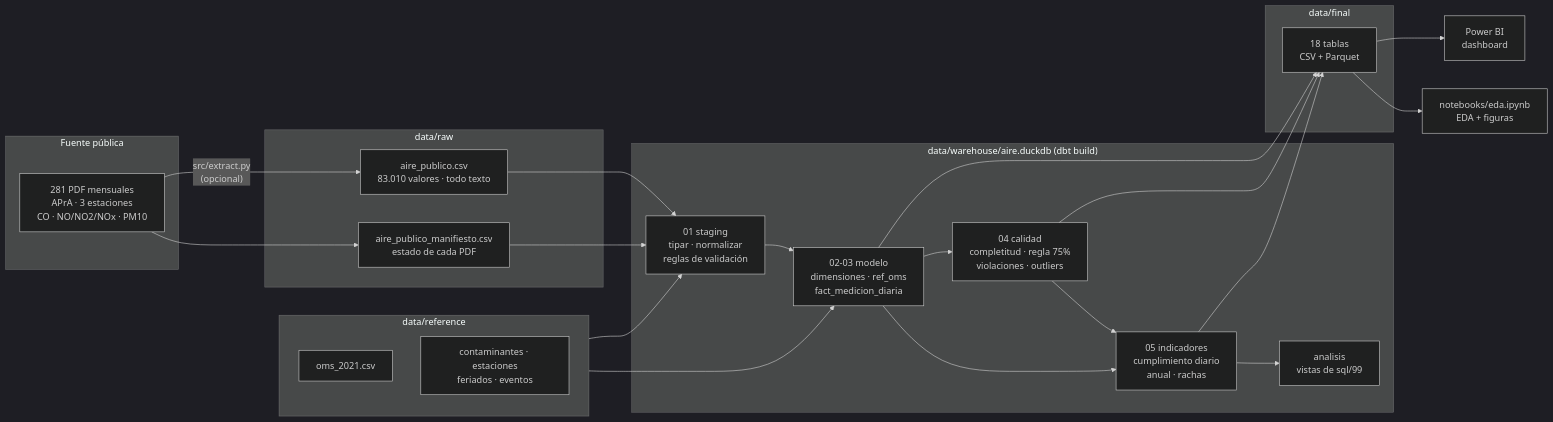
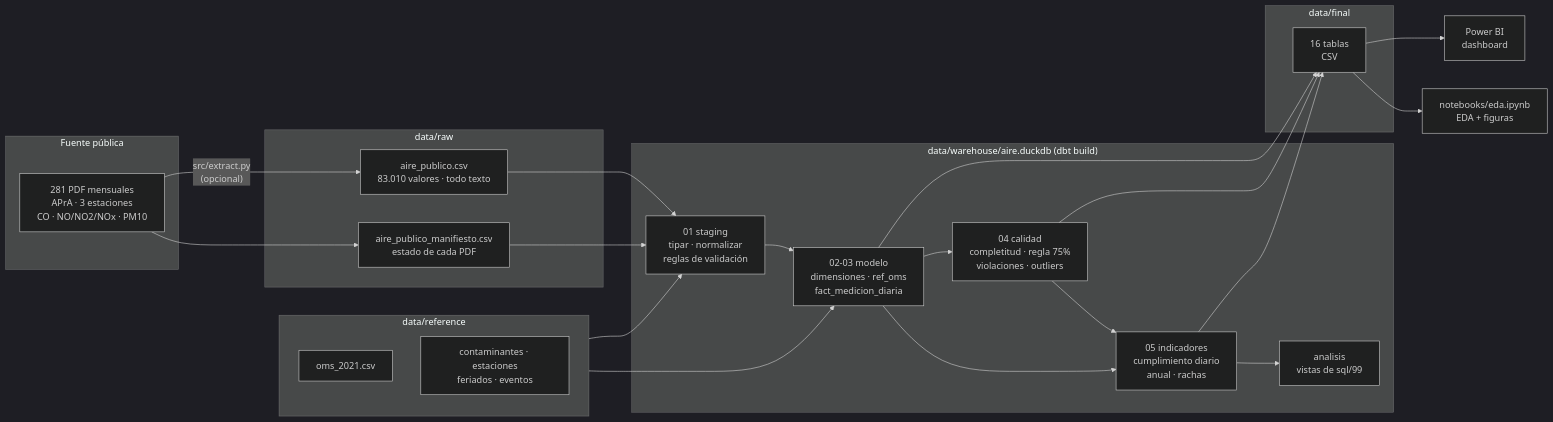
Before and after one commit to ezequielmaranda/nox-ciudad: the diagram in docs/diagrama_etl.md, drawn with Mermaid (dark theme). The commit also changed other lines of this file and 84 other files, not shown here.

````diff
--- a/docs/diagrama_etl.md
+++ b/docs/diagrama_etl.md
@@ -6,46 +6,46 @@
 ```mermaid
 flowchart LR
     subgraph FUENTE["Fuente pública"]
         PDF["281 PDF mensuales<br/>APrA · 3 estaciones<br/>CO · NO/NO2/NOx · PM10"]
     end
 
     subgraph RAW["data/raw"]
         CSV["aire_publico.csv<br/>83.010 valores · todo texto"]
         MAN["aire_publico_manifiesto.csv<br/>estado de cada PDF"]
     end
 
     subgraph REF["data/reference"]
         OMS["oms_2021.csv"]
         AUX["contaminantes · estaciones<br/>feriados · eventos"]
     end
 
     subgraph DB["data/warehouse/aire.duckdb (dbt build)"]
         STG["01 staging<br/>tipar · normalizar<br/>reglas de validación"]
         MOD["02-03 modelo<br/>dimensiones · ref_oms<br/>fact_medicion_diaria"]
         CAL["04 calidad<br/>completitud · regla 75%<br/>violaciones · outliers"]
         IND["05 indicadores<br/>cumplimiento diario<br/>anual · rachas"]
         VIS["analisis<br/>vistas de sql/99"]
     end
 
     subgraph FINAL["data/final"]
-        OUT["18 tablas<br/>CSV + Parquet"]
+        OUT["16 tablas<br/>CSV"]
     end
 
     PBI["Power BI<br/>dashboard"]
     NB["notebooks/eda.ipynb<br/>EDA + figuras"]
 
     PDF -- "src/extract.py<br/>(opcional)" --> CSV
     PDF --> MAN
     CSV --> STG
     MAN --> STG
     REF --> STG
     REF --> MOD
     STG --> MOD --> CAL --> IND
     MOD --> IND
     IND --> VIS
     MOD --> OUT
     CAL --> OUT
     IND --> OUT
     OUT --> PBI
     OUT --> NB
 ```
````
